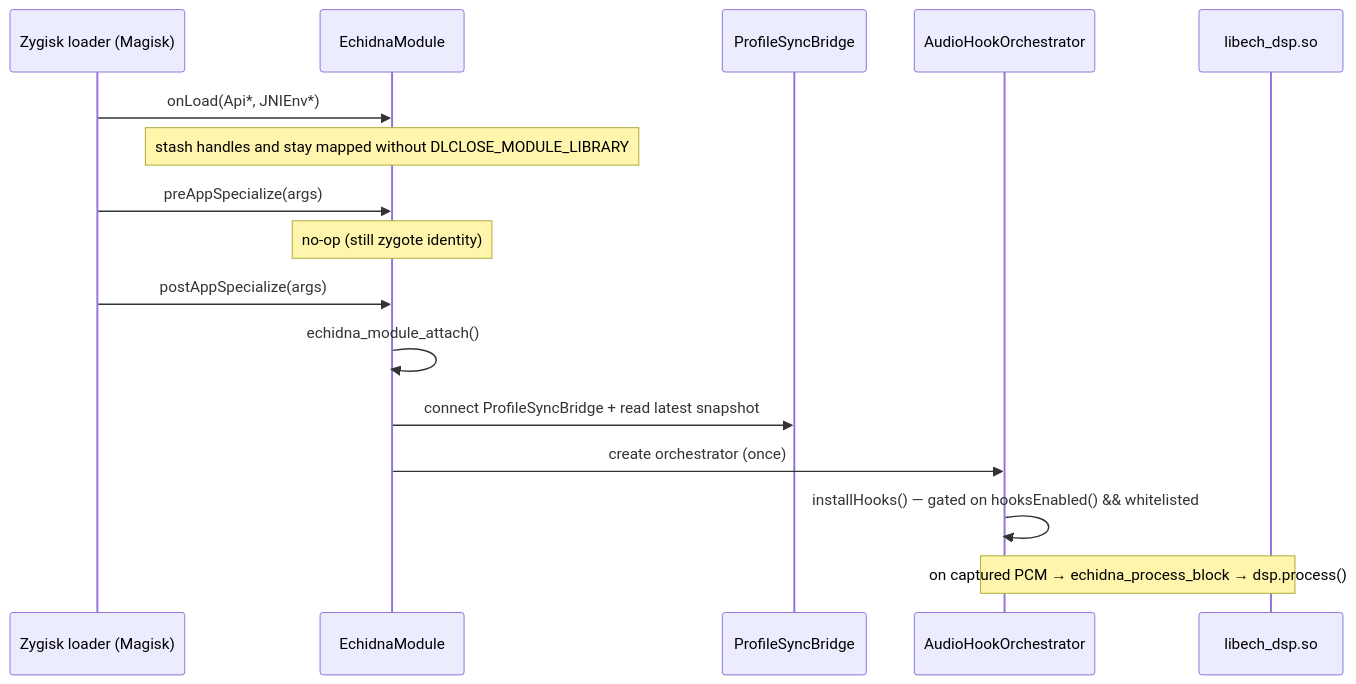
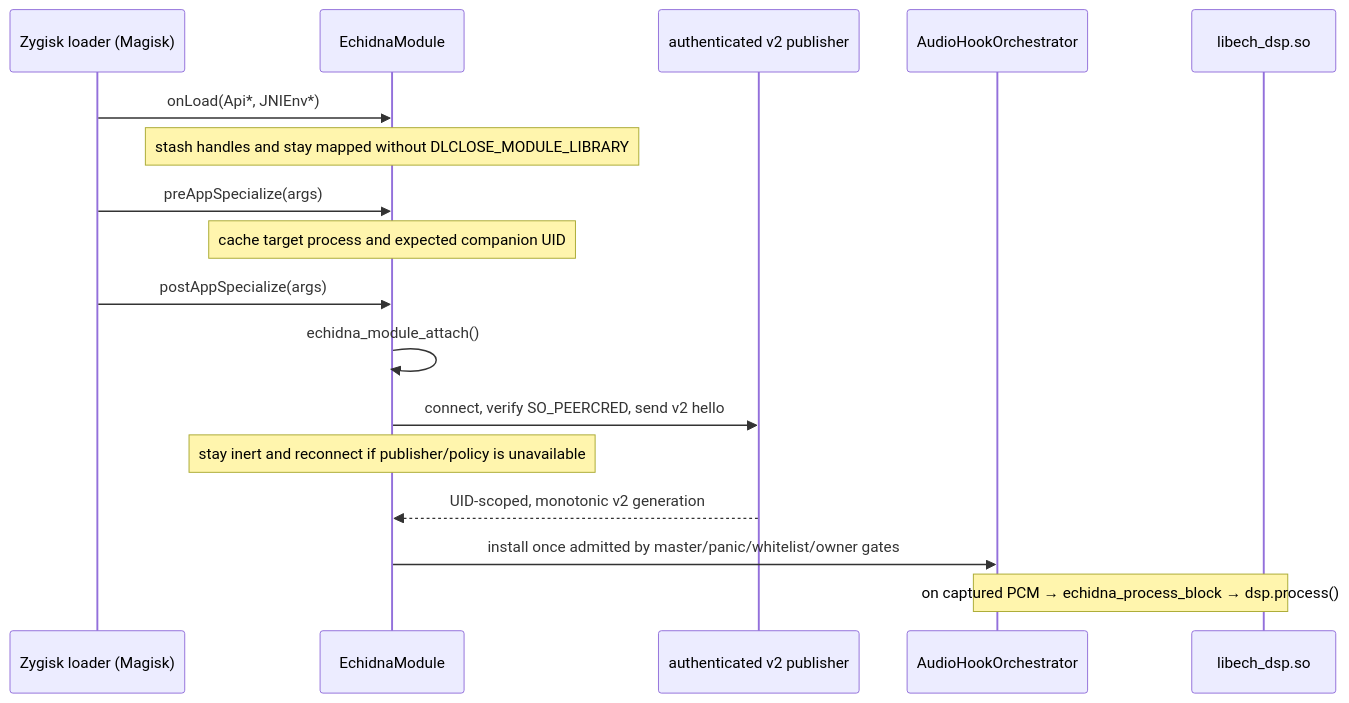
The third of 3 diagrams in docs/architecture.md (supermarsx/echidna), drawn with Mermaid before and after one commit. The commit also changed other lines of this file and 18 other files, not shown here.

````diff
--- a/docs/architecture.md
+++ b/docs/architecture.md
@@ -117,18 +153,19 @@
 ```mermaid
     sequenceDiagram
     participant Z as Zygisk loader (Magisk)
     participant M as EchidnaModule
-    participant S as ProfileSyncBridge
+    participant S as authenticated v2 publisher
     participant O as AudioHookOrchestrator
     participant D as libech_dsp.so
     Z->>M: onLoad(Api*, JNIEnv*)
     Note over M: stash handles and stay mapped without DLCLOSE_MODULE_LIBRARY
     Z->>M: preAppSpecialize(args)
-    Note over M: no-op (still zygote identity)
+    Note over M: cache target process and expected companion UID
     Z->>M: postAppSpecialize(args)
     M->>M: echidna_module_attach()
-    M->>S: connect ProfileSyncBridge + read latest snapshot
-    M->>O: create orchestrator (once)
-    O->>O: installHooks() — gated on hooksEnabled() && whitelisted
+    M->>S: connect, verify SO_PEERCRED, send v2 hello
+    Note over M: stay inert and reconnect if publisher/policy is unavailable
+    S-->>M: UID-scoped, monotonic v2 generation
+    M->>O: install once admitted by master/panic/whitelist/owner gates
     Note over O,D: on captured PCM → echidna_process_block → dsp.process()
 ```
````
